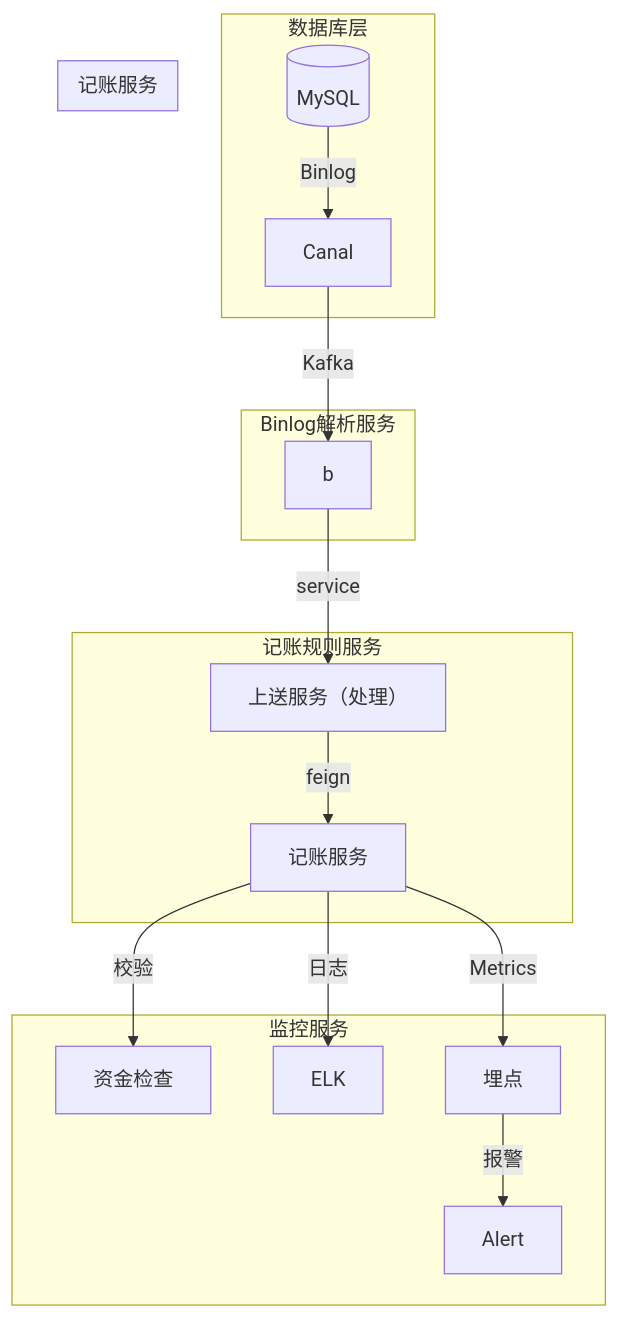
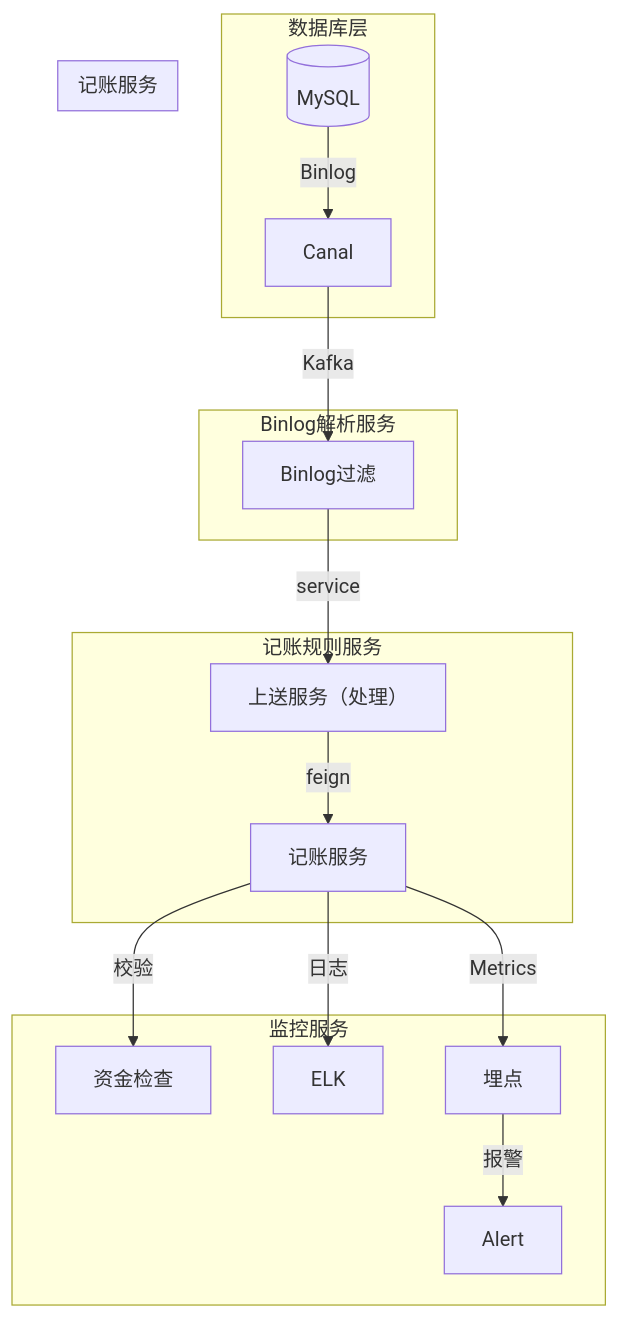
Before and after one commit to 87828943/iodraw-files: the diagram in all/记账架构图.md, drawn with Mermaid.

Commit message:
2025-07-07 14:42:05 update

````diff
--- a/all/记账架构图.md
+++ b/all/记账架构图.md
@@ -1,23 +1,23 @@
 ```mermaid
 graph TB
     subgraph 数据库层
         DB[(MySQL)] -->|Binlog| Canal
     end
     subgraph Binlog解析服务
-        Canal -->|Kafka| Parser[b]
+        Canal -->|Kafka| Parser[Binlog过滤]
     end
     subgraph 记账规则服务
         
         Parser -->|service| Engine[上送服务（处理）]
         Engine -->|feign| Accounting[记账服务]
     end
     subgraph 记账服务
        
     end
     subgraph 监控服务
         Accounting --> |校验| 资金检查
         Accounting -->|日志| ELK
         Accounting -->|Metrics| 埋点
         埋点 -->|报警| Alert
     end
 ```
````
